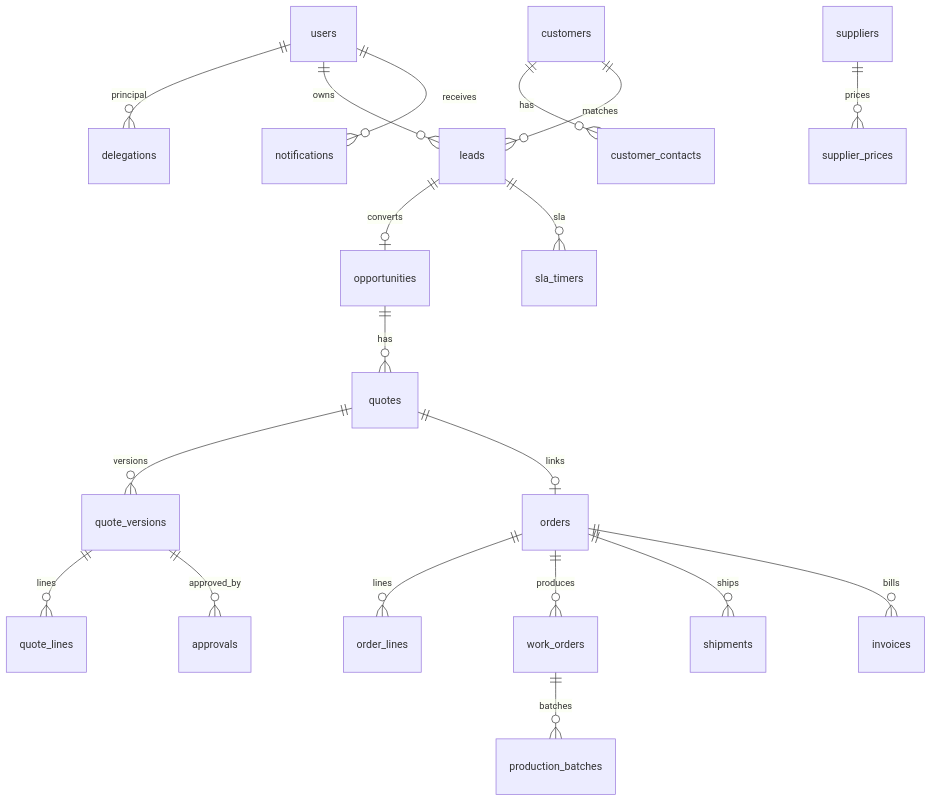
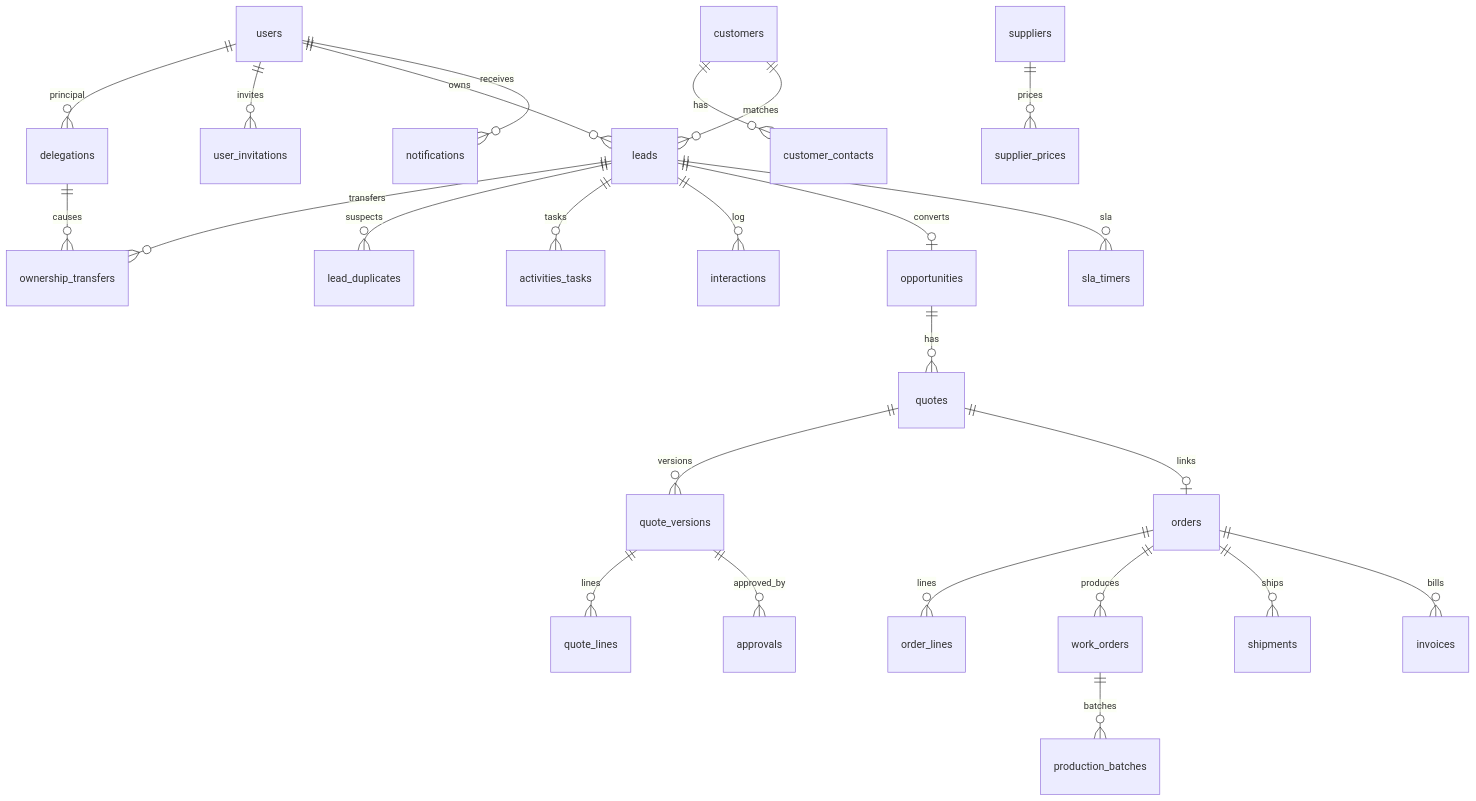
Before and after one commit to danielzigdon/dz-factory-os-ai: the first of 3 diagrams in docs/03-data-model.md, drawn with Mermaid. The commit also changed other lines of this file and 13 other files, not shown here.

````diff
--- a/docs/03-data-model.md
+++ b/docs/03-data-model.md
@@ -43,21 +54,27 @@
 ```mermaid
 erDiagram
   users ||--o{ delegations : principal
+  users ||--o{ user_invitations : invites
   users ||--o{ leads : owns
+  leads ||--o{ ownership_transfers : transfers
+  delegations ||--o{ ownership_transfers : causes
   customers ||--o{ customer_contacts : has
   customers ||--o{ leads : matches
+  leads ||--o{ lead_duplicates : suspects
+  leads ||--o{ activities_tasks : tasks
+  leads ||--o{ interactions : log
   leads ||--o| opportunities : converts
   opportunities ||--o{ quotes : has
   quotes ||--o{ quote_versions : versions
   quote_versions ||--o{ quote_lines : lines
   quote_versions ||--o{ approvals : approved_by
   quotes ||--o| orders : links
   orders ||--o{ order_lines : lines
   orders ||--o{ work_orders : produces
   work_orders ||--o{ production_batches : batches
   orders ||--o{ shipments : ships
   orders ||--o{ invoices : bills
   suppliers ||--o{ supplier_prices : prices
   leads ||--o{ sla_timers : sla
   users ||--o{ notifications : receives
 ```
````
